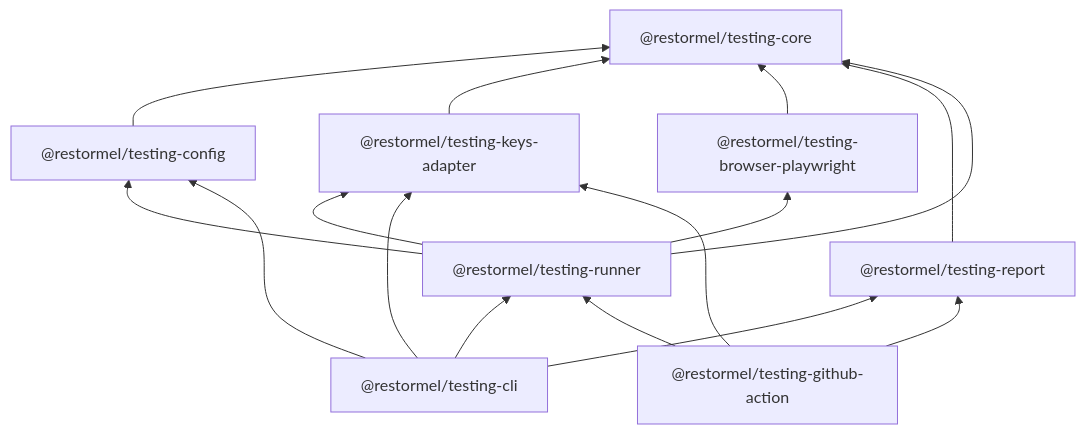
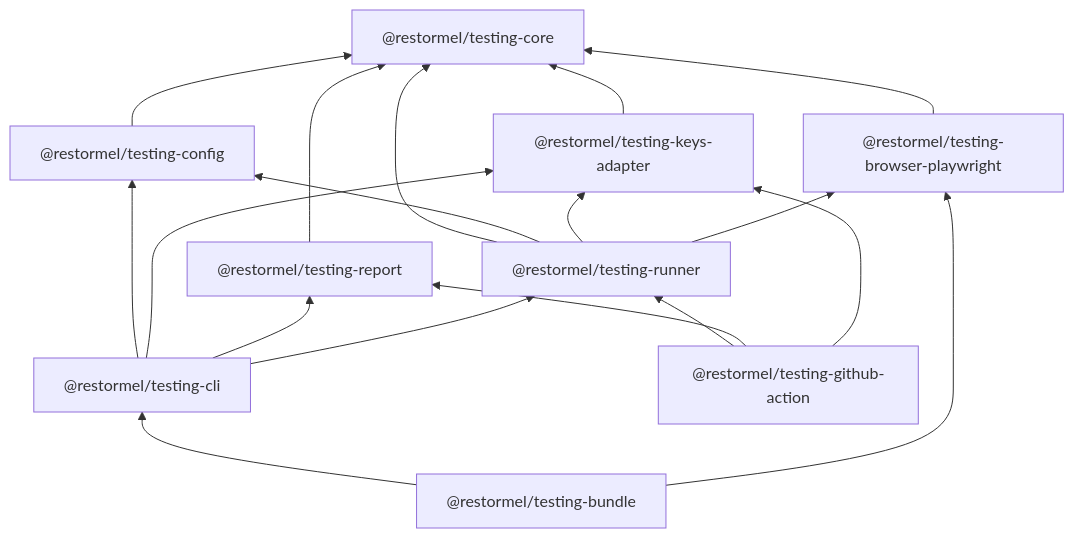
The diagram in docs/restormel-monorepo-packages.md (Allotment-Technology-Ltd/restormel-keys), drawn with Mermaid before and after one commit. The commit also changed other lines of this file and 114 other files, not shown here.

````diff
--- a/docs/restormel-monorepo-packages.md
+++ b/docs/restormel-monorepo-packages.md
@@ -23,27 +23,31 @@
 ```mermaid
 flowchart BT
   testing_core["@restormel/testing-core"]
   testing_config["@restormel/testing-config"]
   testing_keys_adapter["@restormel/testing-keys-adapter"]
   testing_browser["@restormel/testing-browser-playwright"]
   testing_report["@restormel/testing-report"]
   testing_runner["@restormel/testing-runner"]
   testing_cli["@restormel/testing-cli"]
+  testing_bundle["@restormel/testing-bundle"]
   testing_action["@restormel/testing-github-action"]
+
+  testing_bundle --> testing_cli
+  testing_bundle --> testing_browser
 
   testing_config --> testing_core
   testing_keys_adapter --> testing_core
   testing_browser --> testing_core
   testing_report --> testing_core
   testing_runner --> testing_core
   testing_runner --> testing_config
   testing_runner --> testing_keys_adapter
   testing_runner --> testing_browser
   testing_cli --> testing_config
   testing_cli --> testing_keys_adapter
   testing_cli --> testing_report
   testing_cli --> testing_runner
   testing_action --> testing_runner
   testing_action --> testing_report
   testing_action --> testing_keys_adapter
 ```
````
